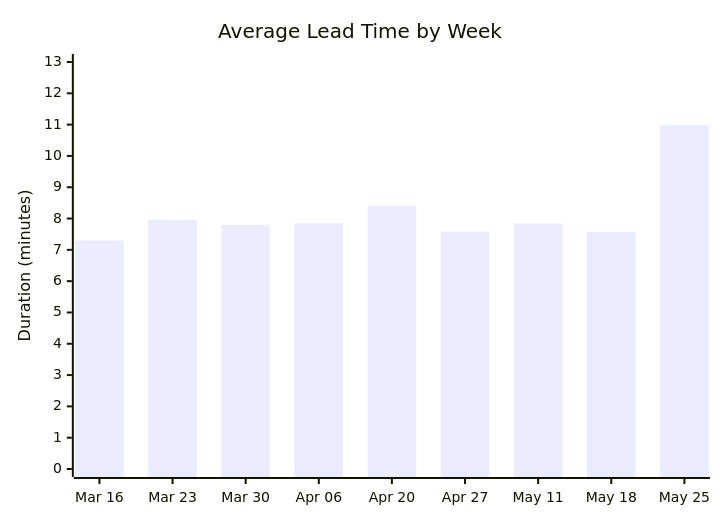
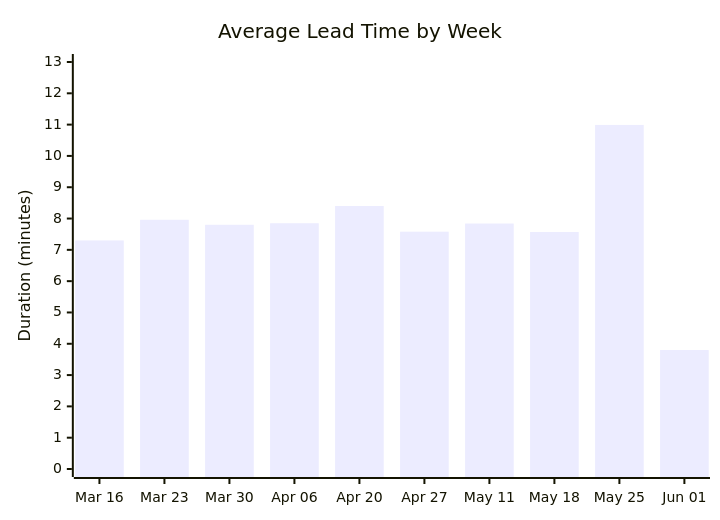
The second of 4 diagrams in docs/ci-cd/dora-summary.md (ukma-cs-ssdm-2025/rate-ukma), drawn with Mermaid before and after one commit. The commit also changed other lines of this file, not shown here.

````diff
--- a/docs/ci-cd/dora-summary.md
+++ b/docs/ci-cd/dora-summary.md
@@ -29,7 +29,7 @@
 ```mermaid
 xychart-beta
     title "Average Lead Time by Week"
-    x-axis ["Mar 16", "Mar 23", "Mar 30", "Apr 06", "Apr 20", "Apr 27", "May 11", "May 18", "May 25"]
+    x-axis ["Mar 16", "Mar 23", "Mar 30", "Apr 06", "Apr 20", "Apr 27", "May 11", "May 18", "May 25", "Jun 01"]
     y-axis "Duration (minutes)" 0 --> 13
-    bar [7.30, 7.96, 7.80, 7.85, 8.40, 7.58, 7.84, 7.57, 10.99]
+    bar [7.30, 7.96, 7.80, 7.85, 8.40, 7.58, 7.84, 7.57, 10.99, 3.80]
 ```
````
